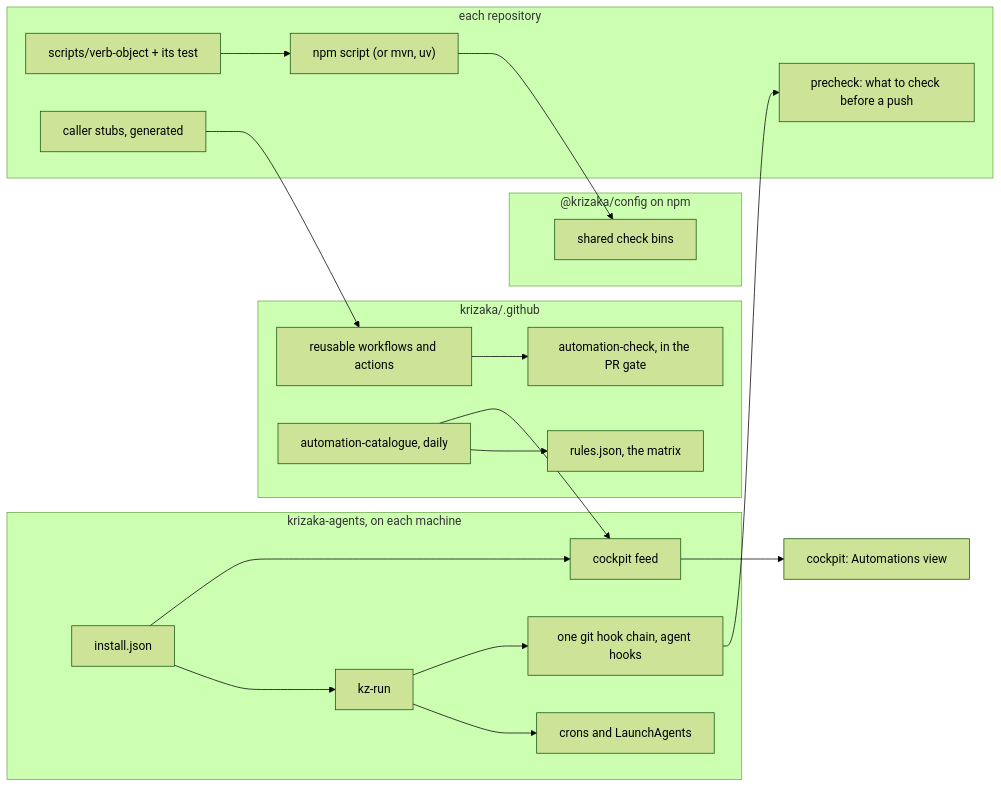
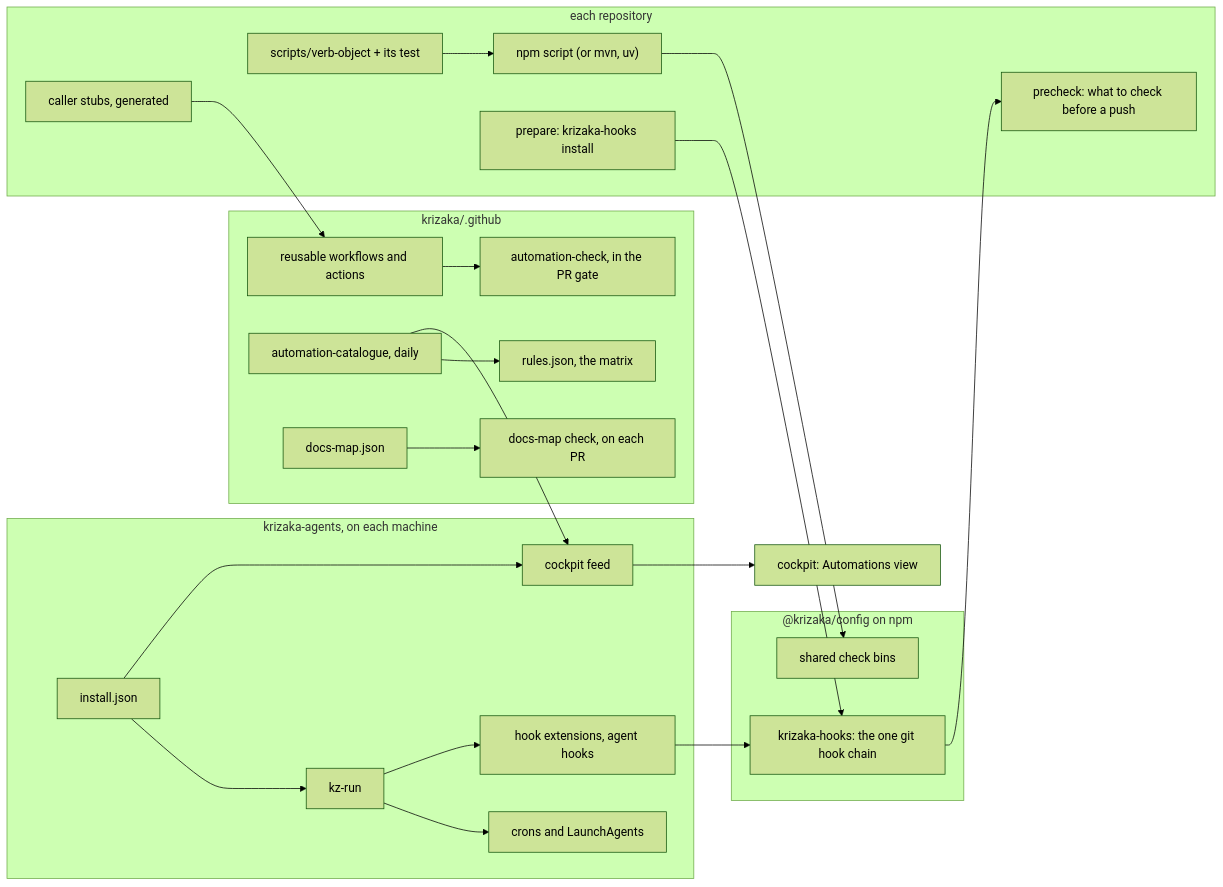
The diagram in docs/adr/ADR-026-automation-strategy.md (krizaka/.github), drawn with Mermaid (forest theme) before and after one commit. The commit also changed other lines of this file and 1 other file, not shown here.

First line of the commit message:
docs(adr): ADR-026 accepted, one hook chain from @krizaka/config, the docs map, issues of A, C, E1 and G

````diff
--- a/docs/adr/ADR-026-automation-strategy.md
+++ b/docs/adr/ADR-026-automation-strategy.md
@@ -174,31 +188,36 @@
 ```mermaid
 flowchart LR
   subgraph R["each repository"]
     S["scripts/verb-object + its test"] --> NPM["npm script (or mvn, uv)"]
     STUB["caller stubs, generated"]
     PRE["precheck: what to check before a push"]
+    PREP["prepare: krizaka-hooks install"]
   end
   subgraph PKG["@krizaka/config on npm"]
     BIN["shared check bins"]
+    CHAIN["krizaka-hooks: the one git hook chain"]
   end
   subgraph ORG["krizaka/.github"]
     RW["reusable workflows and actions"]
     GATE["automation-check, in the PR gate"]
     CAT["automation-catalogue, daily"]
     MAT["rules.json, the matrix"]
+    DM["docs-map.json"] --> DMC["docs-map check, on each PR"]
   end
   subgraph M["krizaka-agents, on each machine"]
     INS["install.json"] --> RUN["kz-run"]
     RUN --> CRON["crons and LaunchAgents"]
-    RUN --> HOOK["one git hook chain, agent hooks"]
+    RUN --> EXT["hook extensions, agent hooks"]
     FEED["cockpit feed"]
   end
   NPM --> BIN
   STUB --> RW
   RW --> GATE
-  HOOK --> PRE
+  PREP --> CHAIN
+  CHAIN --> PRE
+  EXT --> CHAIN
   CAT --> MAT
   CAT --> FEED
   INS --> FEED
   FEED --> VIEW["cockpit: Automations view"]
 ```
````
